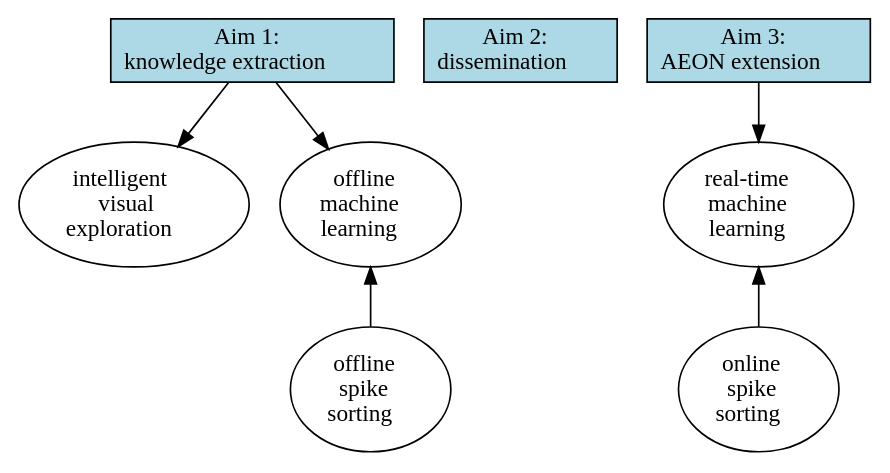
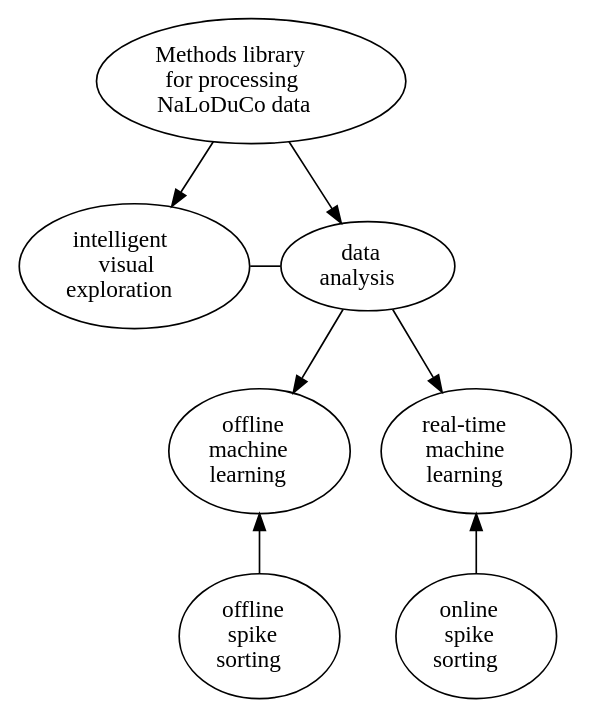
The diagram in temporary/application/figures/aims.dot (joacorapela/bbsrc-nsfbio24), drawn with Graphviz before and after one commit.

Commit message:
New version

```diff
--- a/temporary/application/figures/aims.dot
+++ b/temporary/application/figures/aims.dot
@@ -1,19 +1,20 @@
 digraph g {
-  extractMeaning [label=<<FONT COLOR="BLACK">Aim 1:<br/>knowledge extraction</FONT>>,shape=box,style=filled,fillcolor=lightblue];
+  methodsLib [label=<<FONT COLOR="BLACK">Methods library<br/>for processing<br/>NaLoDuCo data</FONT>>];
   visualExploration [label=<<FONT COLOR="BLACK">intelligent<br/>visual<br/>exploration</FONT>>];
+  dataAnalysis [label=<<FONT COLOR="BLACK">data<br/>analysis</FONT>>];
   offlineML [label=<<FONT COLOR="BLACK">offline<br/>machine<br/>learning</FONT>>];
   offlineSpikeSorting [label=<<FONT COLOR="BLACK">offline<br/>spike<br/>sorting</FONT>>];
-  dissemination [label=<<FONT COLOR="BLACK">Aim 2:<br/>dissemination</FONT>>,shape=box,style=filled,fillcolor=lightblue];
-  extension [label=<<FONT COLOR="BLACK">Aim 3:<br/>AEON extension</FONT>>,shape=box,style=filled,fillcolor=lightblue];
   realTimeML [label=<<FONT COLOR="BLACK">real-time<br/>machine<br/>learning</FONT>>];
   onlineSpikeSorting [label=<<FONT COLOR="BLACK">online<br/>spike<br/>sorting</FONT>>];
 
-  extractMeaning -> visualExploration;
-  extractMeaning -> offlineML;
-  dissemination;
+  methodsLib -> visualExploration;
+  methodsLib -> dataAnalysis;
+  visualExploration -> dataAnalysis [dir=none];
+  dataAnalysis -> offlineML;
   offlineSpikeSorting -> offlineML;
-  extension -> realTimeML;
+  dataAnalysis -> realTimeML;
   onlineSpikeSorting -> realTimeML;
 
+  {rank=same; visualExploration; dataAnalysis;}
   {rank=sink; offlineSpikeSorting; onlineSpikeSorting;}
 }
```
